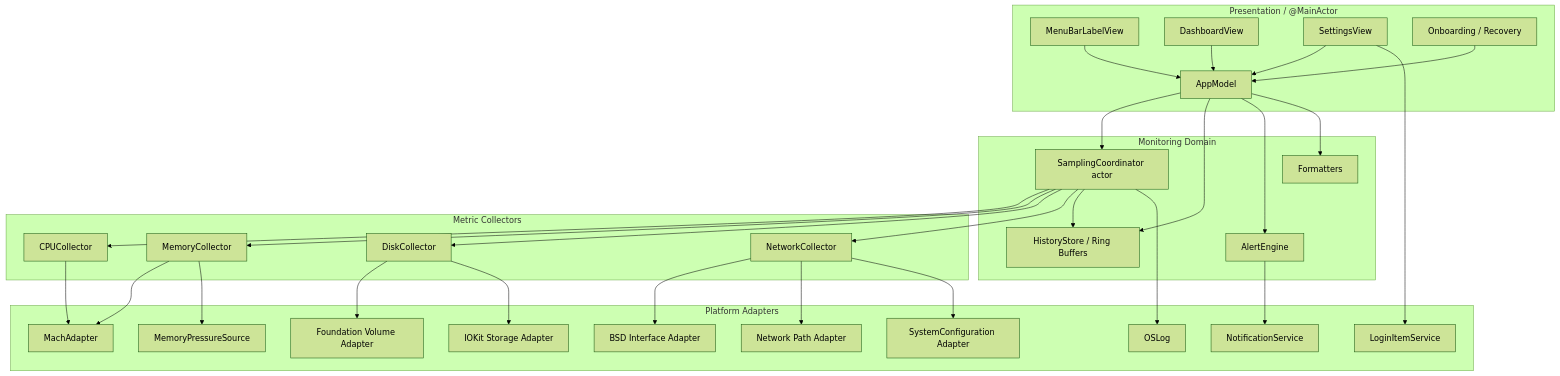
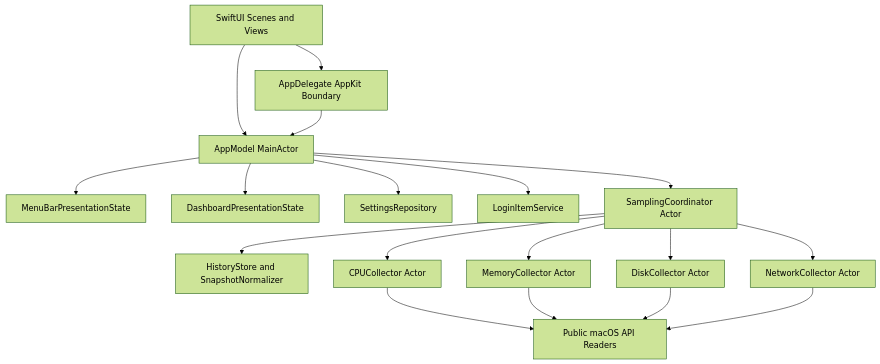
One commit to xiaolin0429/PulseBar changed the diagram in doc/TS/PulseBar_Technical_Architecture_v1.0.md. Above: the diagram before and after it, drawn with Mermaid (forest theme). The commit also changed other lines of this file and 9 other files, not shown here.

````diff
--- a/doc/TS/PulseBar_Technical_Architecture_v1.0.md
+++ b/doc/TS/PulseBar_Technical_Architecture_v1.0.md
@@ -103,62 +57,35 @@
 ```mermaid
-flowchart TB
-    subgraph Presentation[Presentation / @MainActor]
-        MB[MenuBarLabelView]
-        DB[DashboardView]
-        ST[SettingsView]
-        OB[Onboarding / Recovery]
-        AM[AppModel]
-    end
+flowchart TD
+    UI[SwiftUI Scenes and Views]
+    AD[AppDelegate AppKit Boundary]
+    AM[AppModel MainActor]
+    MB[MenuBarPresentationState]
+    DP[DashboardPresentationState]
+    SR[SettingsRepository]
+    LI[LoginItemService]
+    SC[SamplingCoordinator Actor]
+    HS[HistoryStore and SnapshotNormalizer]
+    CC[CPUCollector Actor]
+    MC[MemoryCollector Actor]
+    DC[DiskCollector Actor]
+    NC[NetworkCollector Actor]
+    PR[Public macOS API Readers]
 
-    subgraph Domain[Monitoring Domain]
-        SC[SamplingCoordinator actor]
-        HB[HistoryStore / Ring Buffers]
-        AE[AlertEngine]
-        FM[Formatters]
-    end
-
-    subgraph Collectors[Metric Collectors]
-        CC[CPUCollector]
-        MC[MemoryCollector]
-        DC[DiskCollector]
-        NC[NetworkCollector]
-    end
-
-    subgraph Platform[Platform Adapters]
-        MACH[MachAdapter]
-        DISP[MemoryPressureSource]
-        FND[Foundation Volume Adapter]
-        IOK[IOKit Storage Adapter]
-        BSD[BSD Interface Adapter]
-        NW[Network Path Adapter]
-        SCF[SystemConfiguration Adapter]
-        SMS[LoginItemService]
-        UNS[NotificationService]
-        LOG[OSLog]
-    end
-
-    MB --> AM
-    DB --> AM
-    ST --> AM
-    OB --> AM
+    UI --> AM
+    UI --> AD
+    AD --> AM
+    AM --> MB
+    AM --> DP
+    AM --> SR
+    AM --> LI
     AM --> SC
-    AM --> HB
-    AM --> AE
     SC --> CC
     SC --> MC
     SC --> DC
     SC --> NC
-    SC --> HB
-    CC --> MACH
-    MC --> MACH
-    MC --> DISP
-    DC --> FND
-    DC --> IOK
-    NC --> BSD
-    NC --> NW
-    NC --> SCF
-    ST --> SMS
-    AE --> UNS
-    SC --> LOG
-    AM --> FM
+    SC --> HS
+    CC --> PR
+    MC --> PR
+    DC --> PR
+    NC --> PR
 ```
````
